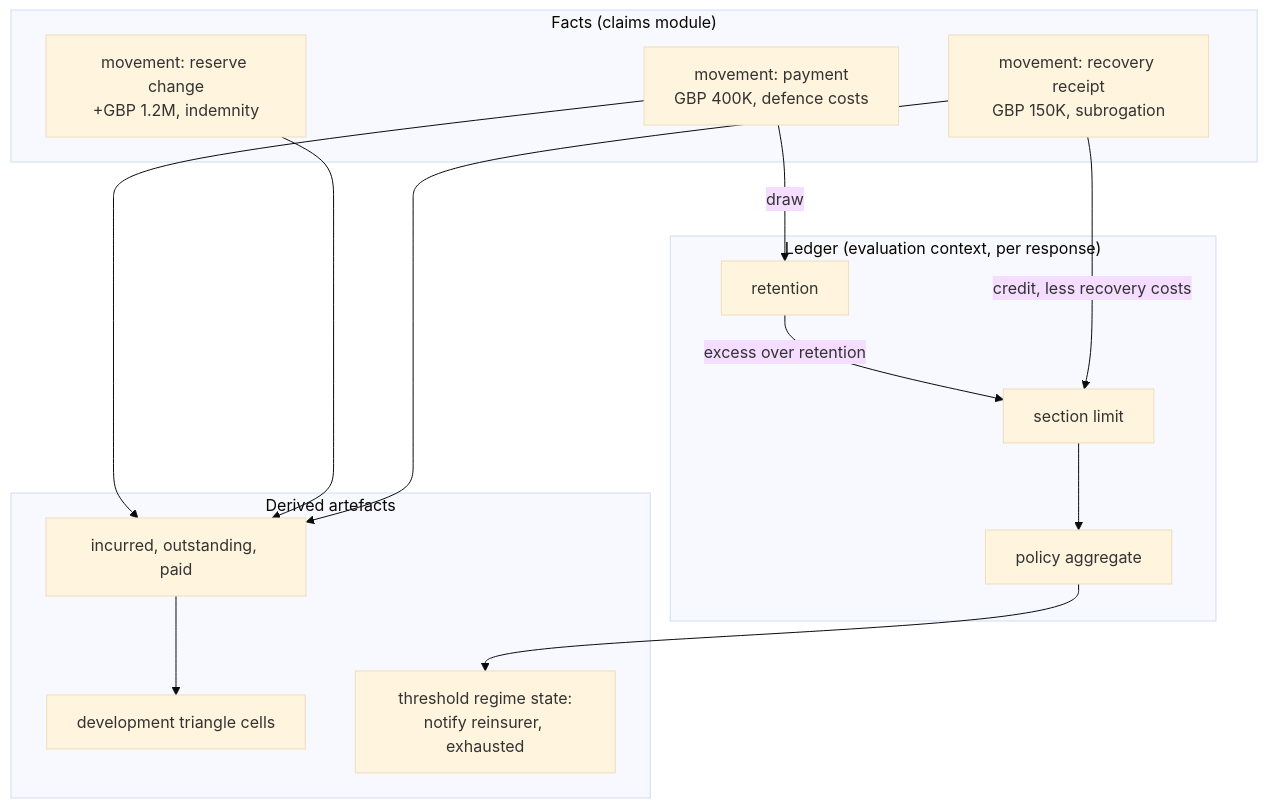
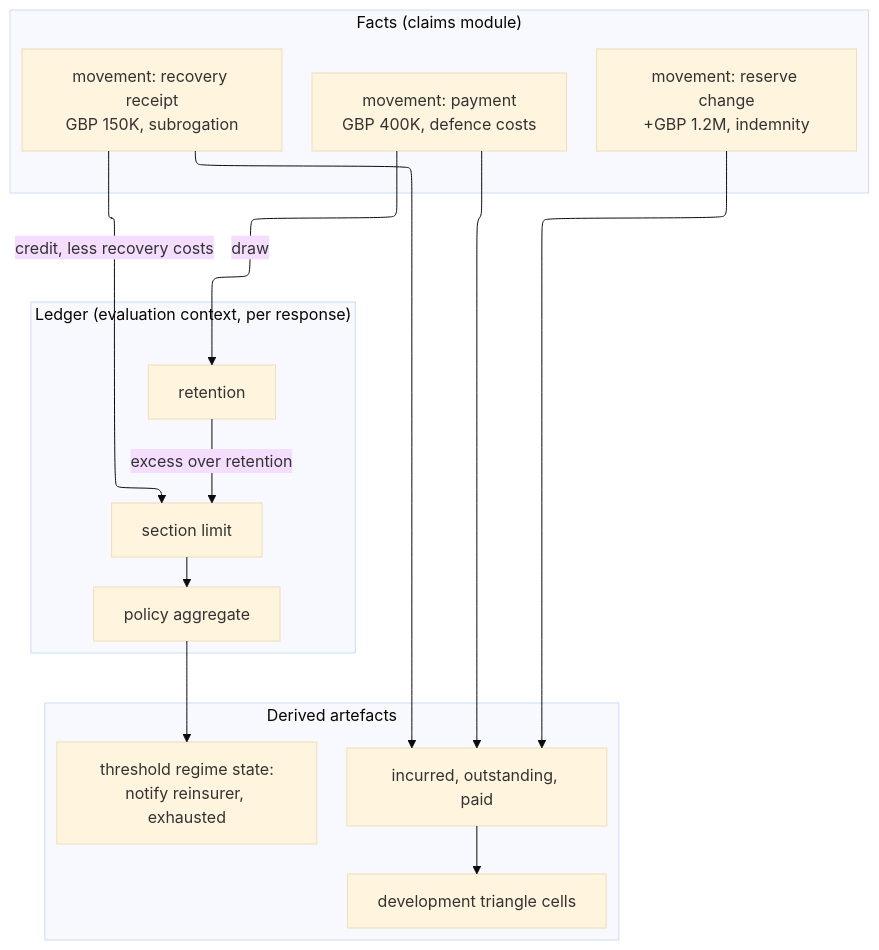
The fourth of 5 diagrams in docs/developer/sketches/insurance-claims-ontology.md (nebularis/lattice), drawn with Mermaid (base theme) before and after one commit. The commit also changed other lines of this file and 2 other files, not shown here.

````diff
--- a/docs/developer/sketches/insurance-claims-ontology.md
+++ b/docs/developer/sketches/insurance-claims-ontology.md
@@ -790,26 +798,30 @@
 ```mermaid
+---
+config:
+  layout: elk
+---
 flowchart TB
     subgraph FACTS["Facts (claims module)"]
         M1["movement: payment<br/>GBP 400K, defence costs"]
         M2["movement: reserve change<br/>+GBP 1.2M, indemnity"]
         M3["movement: recovery receipt<br/>GBP 150K, subrogation"]
     end
     subgraph LEDGER["Ledger (evaluation context, per response)"]
         AG["policy aggregate"]
         SL["section limit"]
         RT["retention"]
     end
     subgraph DERIVED["Derived artefacts"]
         BAL["incurred, outstanding, paid"]
         TRI["development triangle cells"]
         THR["threshold regime state:<br/>notify reinsurer, exhausted"]
     end
     M1 -- "draw" --> RT
     RT -- "excess over retention" --> SL --> AG
     M3 -- "credit, less recovery costs" --> SL
     M1 --> BAL
     M2 --> BAL
     M3 --> BAL
     BAL --> TRI
     AG --> THR
 ```
````
